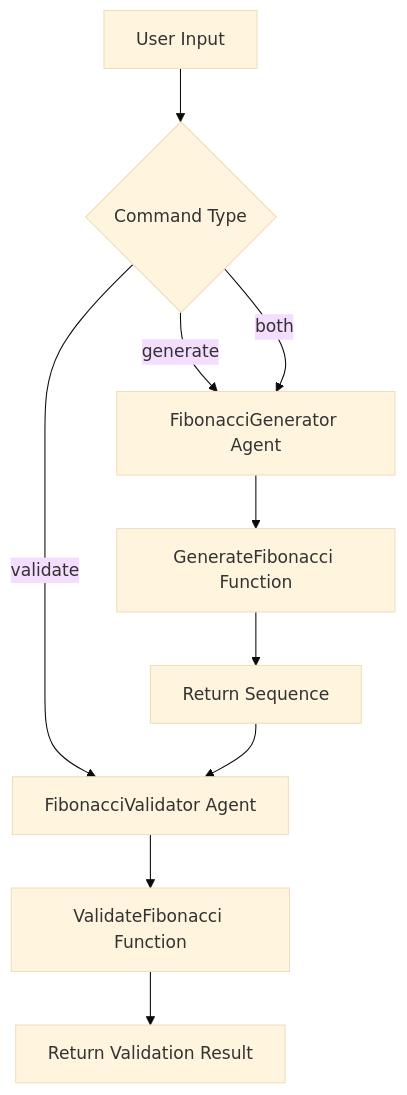
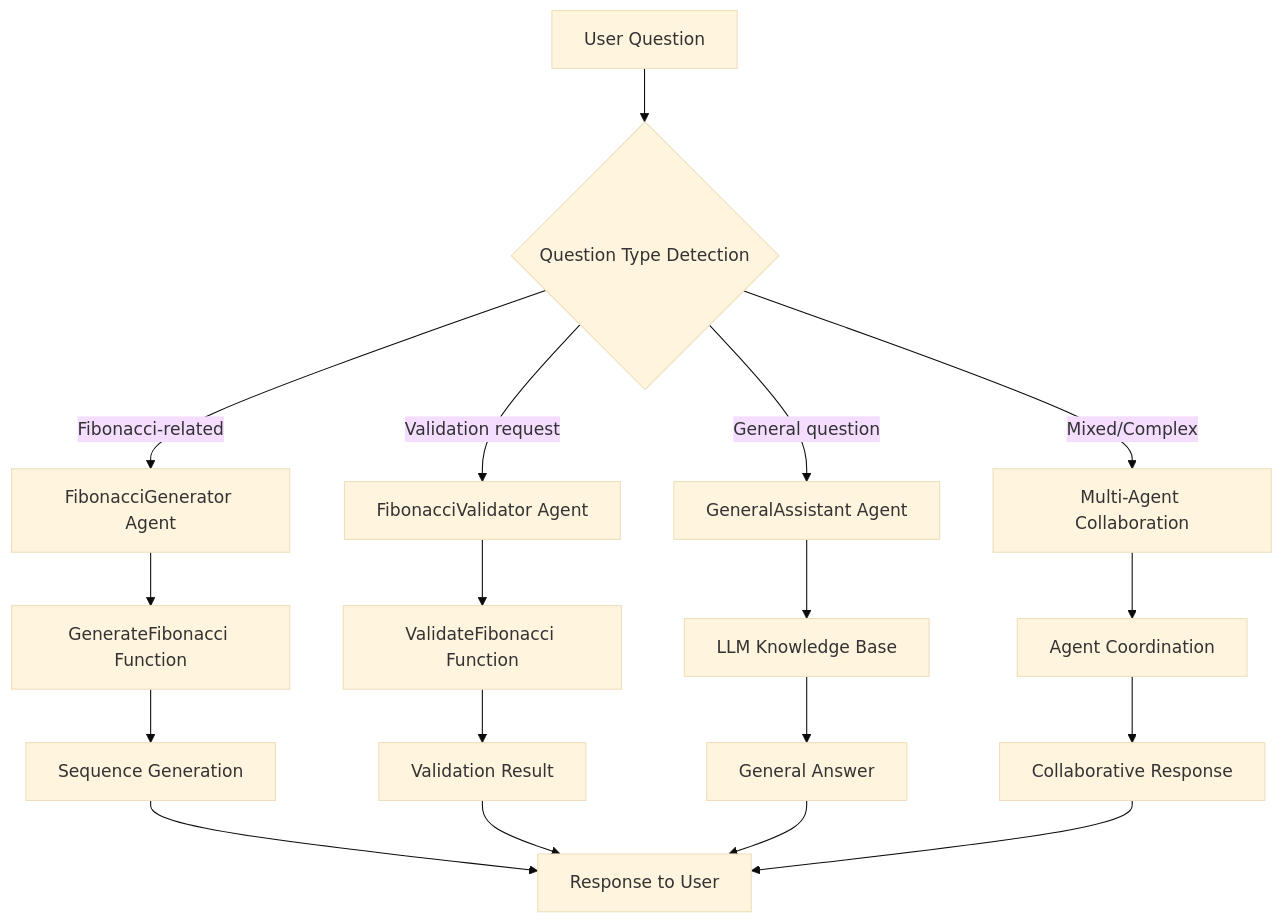
The diagram in README.md (Jandev/console-agent), drawn with Mermaid (base theme) before and after one commit. The commit also changed other lines of this file, not shown here.

````diff
--- a/README.md
+++ b/README.md
@@ -31,12 +36,24 @@
 ```mermaid
 graph TD
-    A[User Input] --> B{Command Type}
-    B -->|generate| C[FibonacciGenerator Agent]
-    B -->|validate| D[FibonacciValidator Agent]
-    B -->|both| C
-    C --> E[GenerateFibonacci Function]
-    E --> F[Return Sequence]
-    F --> D
-    D --> G[ValidateFibonacci Function]
-    G --> H[Return Validation Result]
+    A[User Question] --> B{Question Type Detection}
+    B -->|Fibonacci-related| C[FibonacciGenerator Agent]
+    B -->|Validation request| D[FibonacciValidator Agent]
+    B -->|General question| E[GeneralAssistant Agent]
+    B -->|Mixed/Complex| F[Multi-Agent Collaboration]
+    
+    C --> G[GenerateFibonacci Function]
+    G --> H[Sequence Generation]
+    H --> I[Response to User]
+    
+    D --> J[ValidateFibonacci Function]
+    J --> K[Validation Result]
+    K --> I
+    
+    E --> L[LLM Knowledge Base]
+    L --> M[General Answer]
+    M --> I
+    
+    F --> N[Agent Coordination]
+    N --> O[Collaborative Response]
+    O --> I
 ```
````
